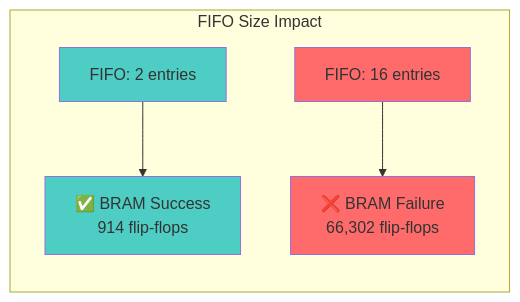
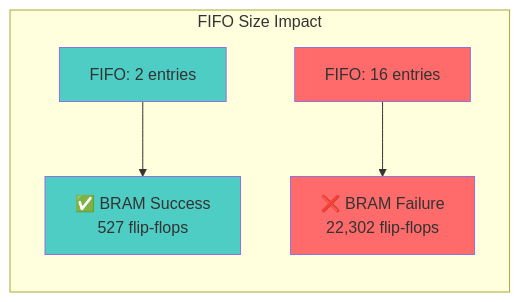
One commit to rockyco/extractSSBsig changed the first of 16 diagrams in README.md. Above: the diagram before and after it, drawn with Mermaid. The commit also changed other lines of this file, not shown here.

````diff
--- a/README.md
+++ b/README.md
@@ -196,12 +196,12 @@
 ```mermaid
 graph LR
     subgraph "FIFO Size Impact"
-        A[FIFO: 2 entries] --> B[✅ BRAM Success<br/>914 flip-flops]
-        C[FIFO: 16 entries] --> D[❌ BRAM Failure<br/>66,302 flip-flops]
+        A[FIFO: 2 entries] --> B[✅ BRAM Success<br/>527 flip-flops]
+        C[FIFO: 16 entries] --> D[❌ BRAM Failure<br/>22,302 flip-flops]
     end
     
     style A fill:#4ecdc4
     style B fill:#4ecdc4
     style C fill:#ff6b6b
     style D fill:#ff6b6b
 ```
````
